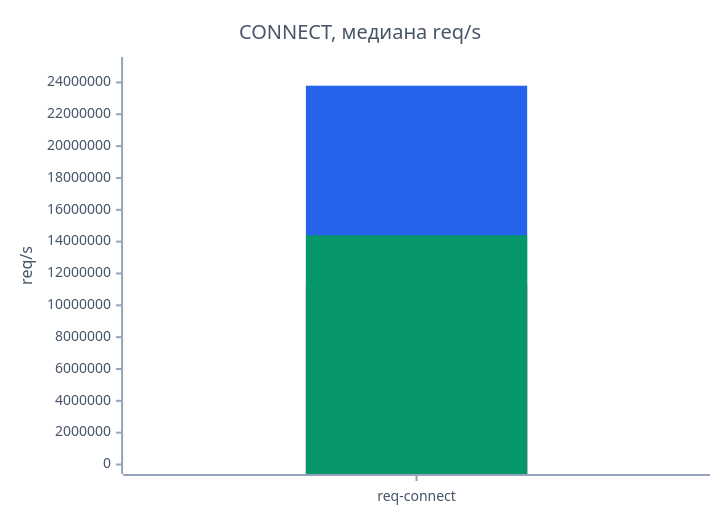
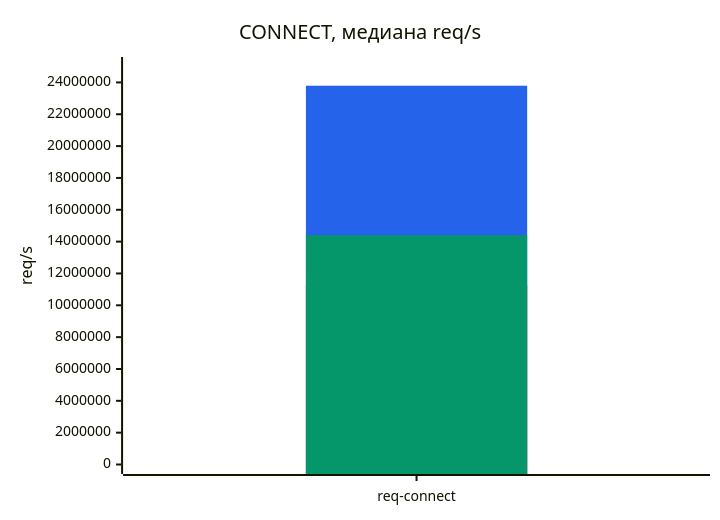
One commit to ioplane/iohttpparser changed the second of 2 diagrams in docs/ru/09-test-results.md. Above: the diagram before and after it, drawn with Mermaid. The commit also changed other lines of this file and 1 other file, not shown here.

Commit message:
docs: remove forced chart background

````diff
--- a/docs/ru/09-test-results.md
+++ b/docs/ru/09-test-results.md
@@ -144,25 +138,15 @@
 ```mermaid
 ---
 config:
-  theme: base
   themeVariables:
     xyChart:
-      plotColorPalette: "#2563eb, #dc2626, #059669"
-      titleColor: "#475569"
-      xAxisLabelColor: "#475569"
-      xAxisTitleColor: "#475569"
-      xAxisTickColor: "#94a3b8"
-      xAxisLineColor: "#94a3b8"
-      yAxisLabelColor: "#475569"
-      yAxisTitleColor: "#475569"
-      yAxisTickColor: "#94a3b8"
-      yAxisLineColor: "#94a3b8"
+      plotColorPalette: "#2563eb,#dc2626,#059669"
 ---
 xychart-beta
     title "CONNECT, медиана req/s"
     x-axis ["req-connect"]
     y-axis "req/s" 0 --> 25000000
     bar [23793069.77]
     bar [11256663.52]
     bar [14397430.12]
 ```
````
